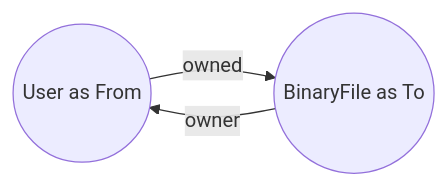
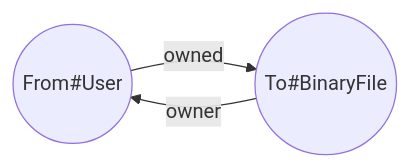
The second of 3 diagrams in books/a-study-in-postgresql/entity-relationship-by-ent.md (spiegel-im-spiegel/zenn-docs), drawn with Mermaid before and after one commit. The commit also changed other lines of this file, not shown here.

Commit message:
Refine ER diagram

````diff
--- a/books/a-study-in-postgresql/entity-relationship-by-ent.md
+++ b/books/a-study-in-postgresql/entity-relationship-by-ent.md
@@ -101,5 +101,5 @@
 ```mermaid
 graph LR
-User((User as From)) -- owned --> BinaryFile((BinaryFile as To))
+User((From#User)) -- owned --> BinaryFile((To#BinaryFile))
 BinaryFile -- owner --> User
 ```
````
